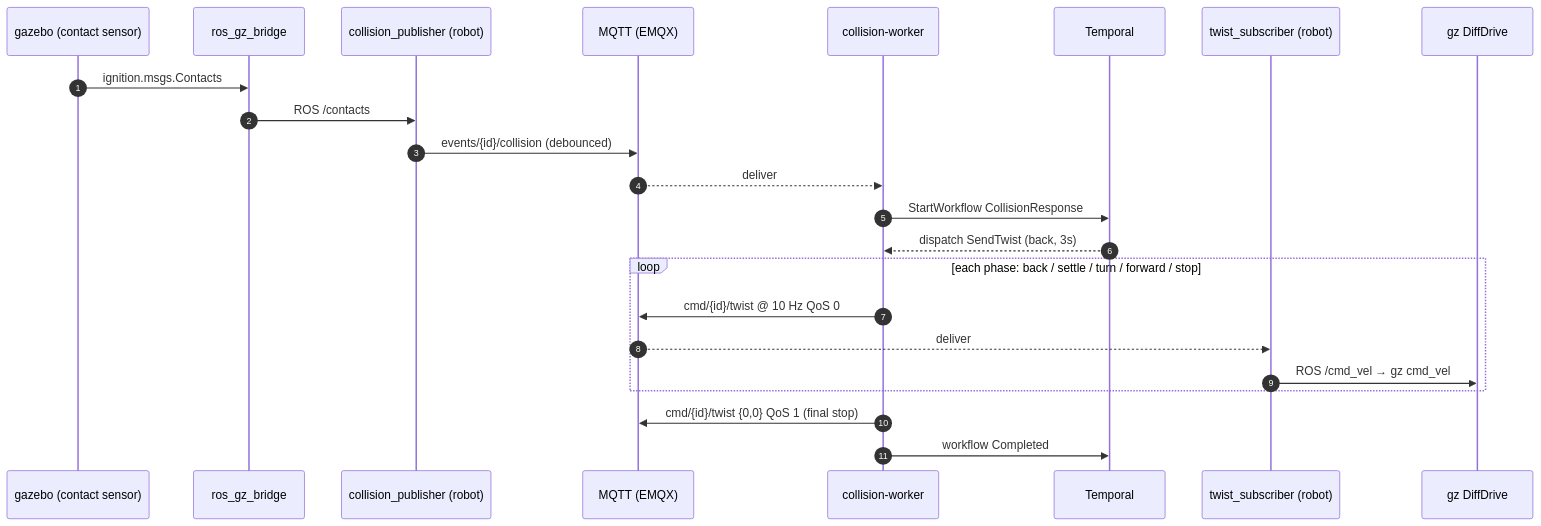
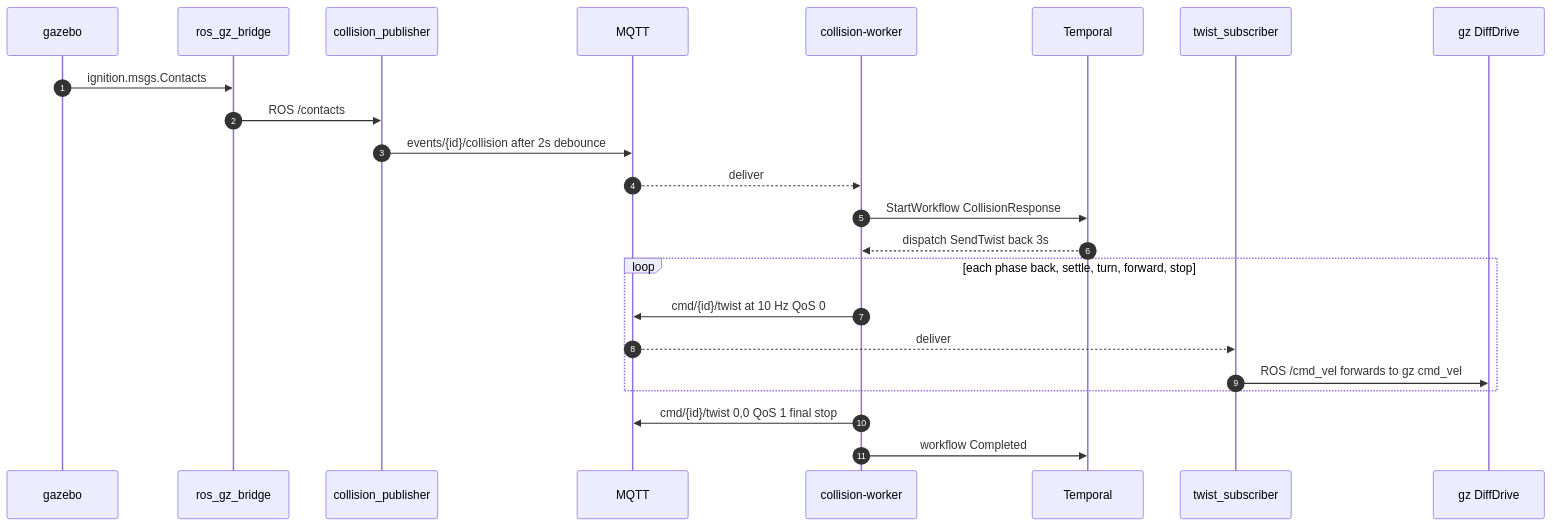
One commit to ferrosadb/temporal-hack changed the third of 4 diagrams in README.md. Above: the diagram before and after it, drawn with Mermaid. The commit also changed other lines of this file and 1 other file, not shown here.

Commit message:
docs(mermaid): fix sequenceDiagram parser breakage on alias parens
User reported the OTA flow Mermaid diagram in README and overview.md
not rendering. Cause: Mermaid's sequenceDiagram parser doesn't like
unquoted parens, asterisks, or special chars in 'participant X as Y'
aliases. The line:

  actor Op as operator (curl / make ota-*)

was breaking parse for the entire diagram. Same issue on
'participant Bridge as bridge_node (rclpy)' and friends.

Fixes:

- Strip parens / slashes / asterisks / arrows from participant
  aliases. 'as host docker/podman' becomes 'as host engine';
  'as gazebo (contact sensor)' becomes 'as gazebo'; etc.
- Strip parens and unicode arrows from arrow labels too: 'rm old then
  rename new' instead of 'rm old; rename new', 'forwards to gz cmd_vel'
  instead of 'ROS /cmd_vel → gz cmd_vel'.
- specs/overview.md system-context flowchart: linkStyle indices were
  off by one (edges renumbered when I added more relationships).
  Fix to 11 and 12 so the bold orange OTA path lands on
  agent->engine and engine->robot-app, not the wrong edges.

````diff
--- a/README.md
+++ b/README.md
@@ -126,26 +126,26 @@
 ```mermaid
 sequenceDiagram
     autonumber
-    participant Gz as gazebo (contact sensor)
+    participant Gz as gazebo
     participant RGB as ros_gz_bridge
-    participant Cp as collision_publisher (robot)
-    participant MQ as MQTT (EMQX)
+    participant Pub as collision_publisher
+    participant MQ as MQTT
     participant Cw as collision-worker
     participant Tmp as Temporal
-    participant Ts as twist_subscriber (robot)
+    participant Sub as twist_subscriber
     participant Rover as gz DiffDrive
 
     Gz->>RGB: ignition.msgs.Contacts
-    RGB->>Cp: ROS /contacts
-    Cp->>MQ: events/{id}/collision (debounced)
+    RGB->>Pub: ROS /contacts
+    Pub->>MQ: events/{id}/collision after 2s debounce
     MQ-->>Cw: deliver
     Cw->>Tmp: StartWorkflow CollisionResponse
-    Tmp-->>Cw: dispatch SendTwist (back, 3s)
-    loop each phase: back / settle / turn / forward / stop
-        Cw->>MQ: cmd/{id}/twist @ 10 Hz QoS 0
-        MQ-->>Ts: deliver
-        Ts->>Rover: ROS /cmd_vel → gz cmd_vel
+    Tmp-->>Cw: dispatch SendTwist back 3s
+    loop each phase back, settle, turn, forward, stop
+        Cw->>MQ: cmd/{id}/twist at 10 Hz QoS 0
+        MQ-->>Sub: deliver
+        Sub->>Rover: ROS /cmd_vel forwards to gz cmd_vel
     end
-    Cw->>MQ: cmd/{id}/twist {0,0} QoS 1 (final stop)
+    Cw->>MQ: cmd/{id}/twist 0,0 QoS 1 final stop
     Cw->>Tmp: workflow Completed
 ```
````
